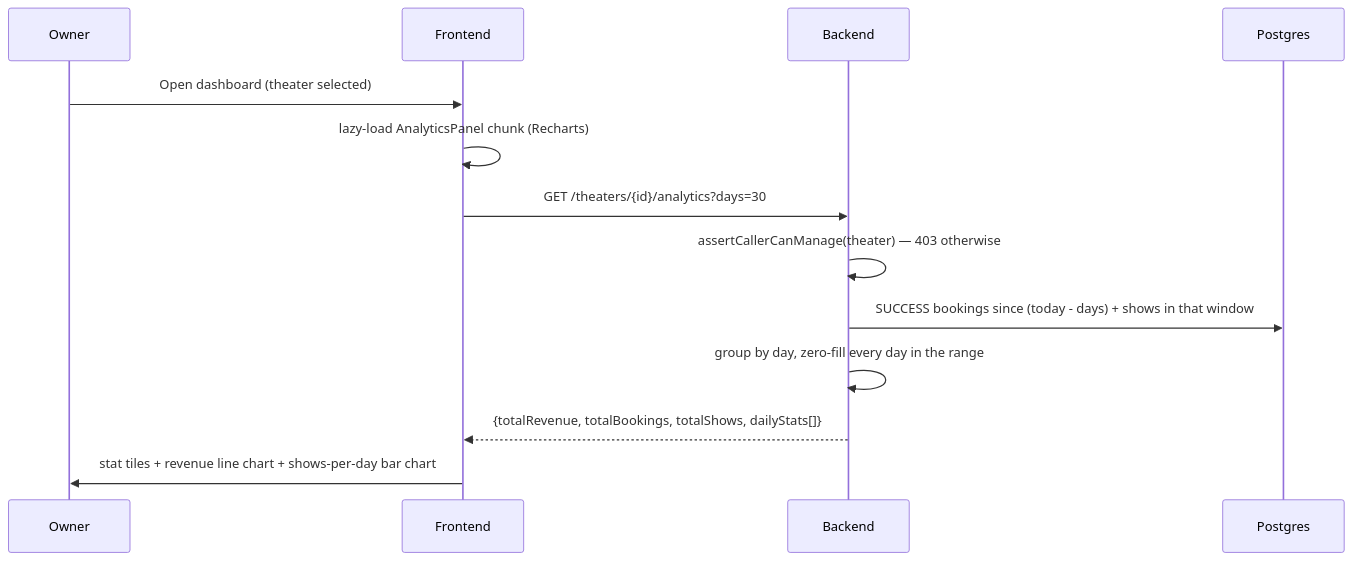
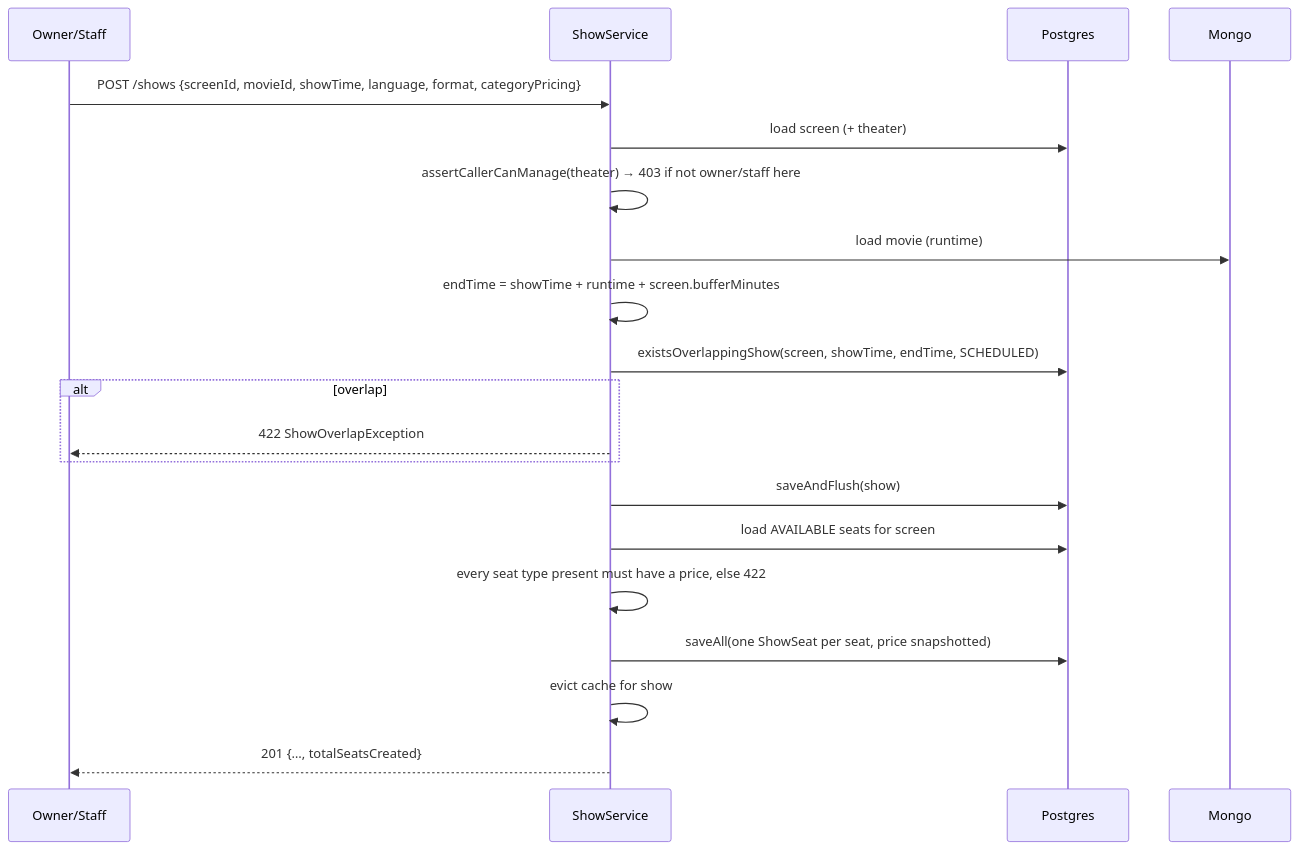
One commit to prabh1805/showtime changed the eighth of 10 diagrams in ARCHITECTURE.md. Above: the diagram before and after it, drawn with Mermaid. The commit also changed other lines of this file, not shown here.

First line of the commit message:
Rewrite ARCHITECTURE.md as a full architecture and interview guide

````diff
--- a/ARCHITECTURE.md
+++ b/ARCHITECTURE.md
@@ -163,16 +579,23 @@
 ```mermaid
 sequenceDiagram
-    participant Ow as Owner
-    participant FE as Frontend
-    participant BE as Backend
+    participant O as Owner/Staff
+    participant S as ShowService
     participant PG as Postgres
+    participant M as Mongo
 
-    Ow->>FE: Open dashboard (theater selected)
-    FE->>FE: lazy-load AnalyticsPanel chunk (Recharts)
-    FE->>BE: GET /theaters/{id}/analytics?days=30
-    BE->>BE: assertCallerCanManage(theater) — 403 otherwise
-    BE->>PG: SUCCESS bookings since (today - days) + shows in that window
-    BE->>BE: group by day, zero-fill every day in the range
-    BE-->>FE: {totalRevenue, totalBookings, totalShows, dailyStats[]}
-    FE->>Ow: stat tiles + revenue line chart + shows-per-day bar chart
+    O->>S: POST /shows {screenId, movieId, showTime, language, format, categoryPricing}
+    S->>PG: load screen (+ theater)
+    S->>S: assertCallerCanManage(theater) → 403 if not owner/staff here
+    S->>M: load movie (runtime)
+    S->>S: endTime = showTime + runtime + screen.bufferMinutes
+    S->>PG: existsOverlappingShow(screen, showTime, endTime, SCHEDULED)
+    alt overlap
+        S-->>O: 422 ShowOverlapException
+    end
+    S->>PG: saveAndFlush(show)
+    S->>PG: load AVAILABLE seats for screen
+    S->>S: every seat type present must have a price, else 422
+    S->>PG: saveAll(one ShowSeat per seat, price snapshotted)
+    S->>S: evict cache for show
+    S-->>O: 201 {…, totalSeatsCreated}
 ```
````
